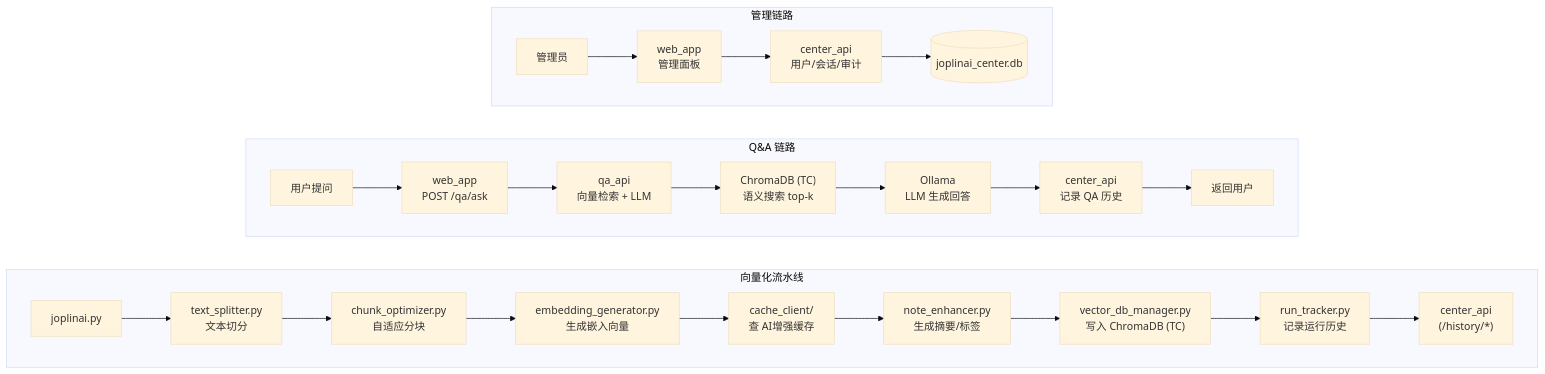
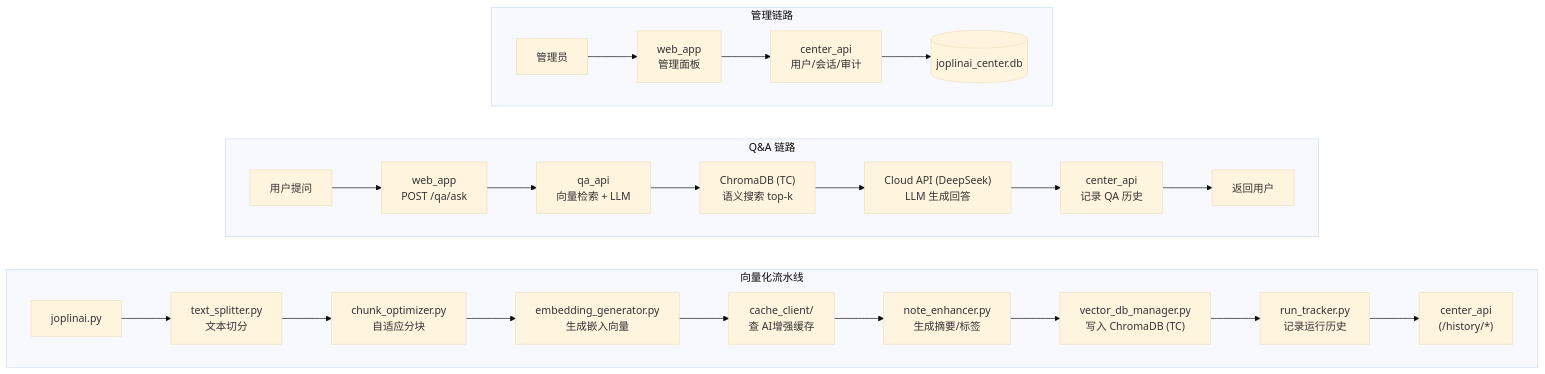
The third of 10 diagrams in docs/TECHNICAL_MANUAL.md (heart5/joplinai), drawn with Mermaid (base theme) before and after one commit. The commit also changed other lines of this file and 3 other files, not shown here.

````diff
--- a/docs/TECHNICAL_MANUAL.md
+++ b/docs/TECHNICAL_MANUAL.md
@@ -159,31 +159,31 @@
 ```mermaid
 flowchart LR
     subgraph FLOW1["向量化流水线"]
         direction LR
         V1["joplinai.py"] --> V2["text_splitter.py<br/>文本切分"]
         V2 --> V3["chunk_optimizer.py<br/>自适应分块"]
         V3 --> V4["embedding_generator.py<br/>生成嵌入向量"]
         V4 --> V5["cache_client/<br/>查 AI增强缓存"]
         V5 --> V6["note_enhancer.py<br/>生成摘要/标签"]
         V6 --> V7["vector_db_manager.py<br/>写入 ChromaDB (TC)"]
         V7 --> V8["run_tracker.py<br/>记录运行历史"]
         V8 --> V9["center_api<br/>(/history/*)"]
     end
 
     subgraph FLOW2["Q&A 链路"]
         direction LR
         Q1["用户提问"] --> Q2["web_app<br/>POST /qa/ask"]
         Q2 --> Q3["qa_api<br/>向量检索 + LLM"]
         Q3 --> Q4["ChromaDB (TC)<br/>语义搜索 top-k"]
-        Q4 --> Q5["Ollama<br/>LLM 生成回答"]
+        Q4 --> Q5["Cloud API (DeepSeek)<br/>LLM 生成回答"]
         Q5 --> Q6["center_api<br/>记录 QA 历史"]
         Q6 --> Q7["返回用户"]
     end
 
     subgraph FLOW3["管理链路"]
         direction LR
         M1["管理员"] --> M2["web_app<br/>管理面板"]
         M2 --> M3["center_api<br/>用户/会话/审计"]
         M3 --> M4[("joplinai_center.db")]
     end
 ```
````
